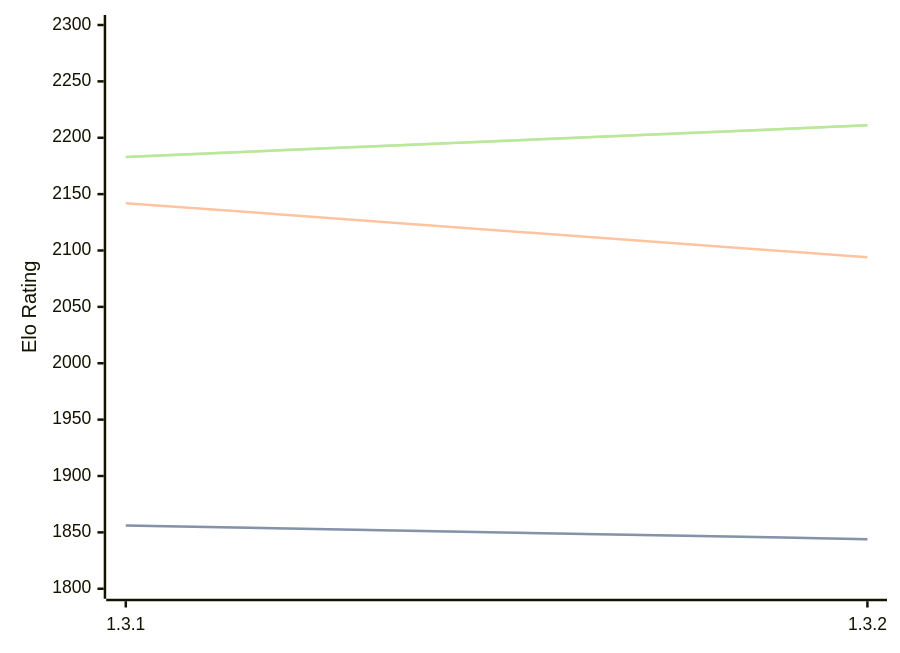
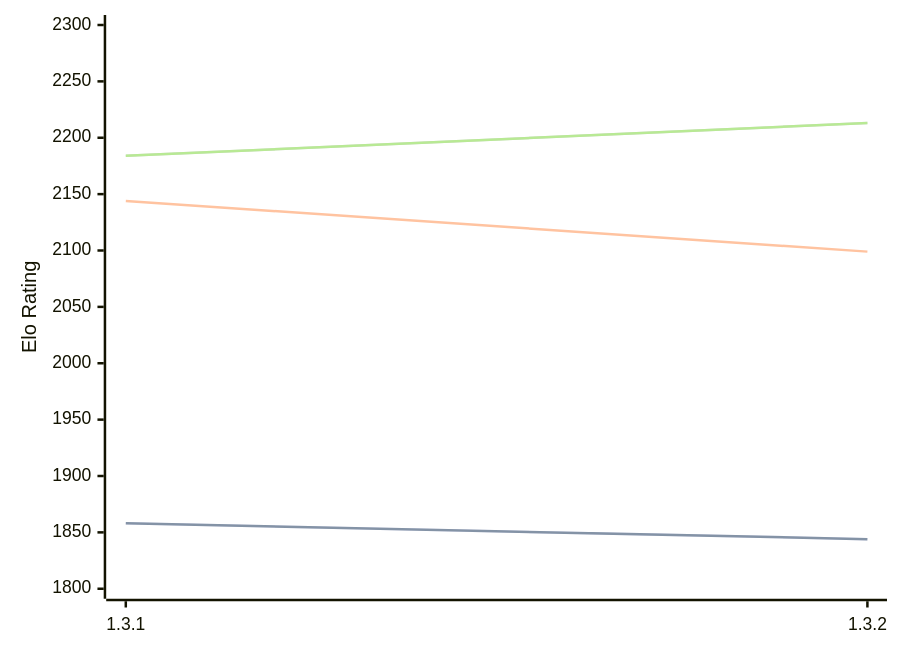
Before and after one commit to computer-chess-index/cci: the diagram in engines/Zugblitz.md, drawn with Mermaid. The commit also changed other lines of this file, not shown here.

Commit message:
Update CCI Ratings (ELO VLTC) - 2026-08-26

````diff
--- a/engines/Zugblitz.md
+++ b/engines/Zugblitz.md
@@ -32,11 +32,11 @@
 ```mermaid
 %%{init: {"theme":"base","themeVariables":{"seriesColors:['#a3a3a3','#222221','#faa371']}}}%%
 xychart-beta
   x-axis ["1.3.1", "1.3.2"]
   y-axis "Elo Rating" 1800 --> 2300
-  line "STC (8.0+0.08s)" [1856, 1844]
-  line "STC (8.0+0.08s)" [1856, 1844]
-  line "LTC (60.0+0.60s)" [2142, 2094]
-  line "VLTC (2m24s+1.12s)" [2183, 2211]
-  line "VLTC (2m24s+1.12s)" [2183, 2211]
+  line "STC (8.0+0.08s)" [1858, 1844]
+  line "STC (8.0+0.08s)" [1858, 1844]
+  line "LTC (60.0+0.60s)" [2144, 2099]
+  line "VLTC (2m24s+1.12s)" [2184, 2213]
+  line "VLTC (2m24s+1.12s)" [2184, 2213]
 ```
````
